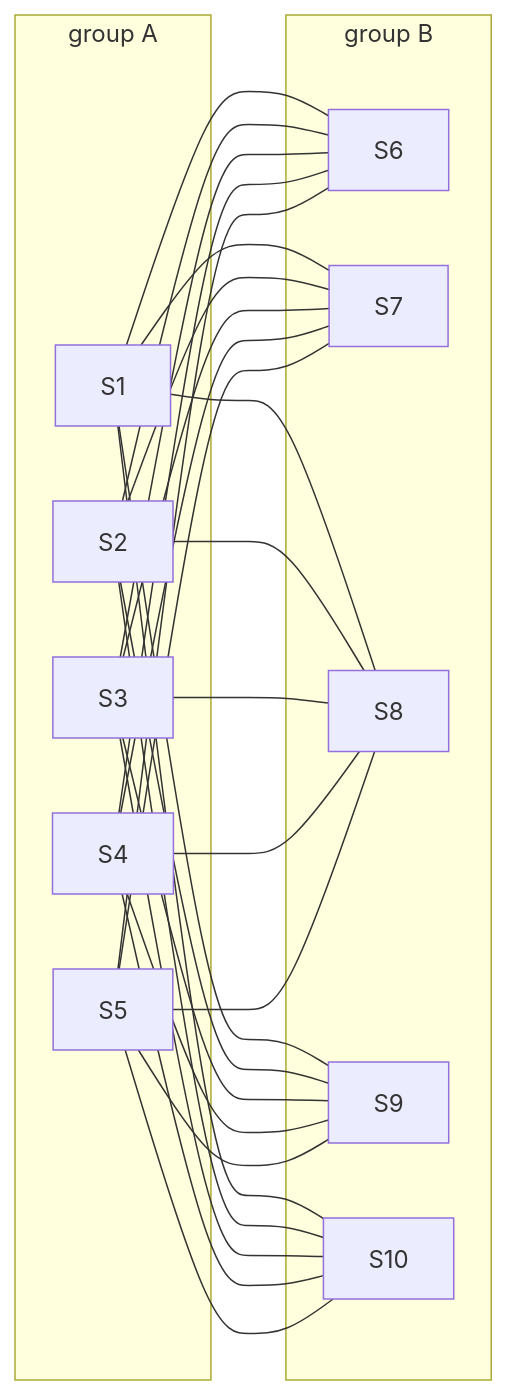
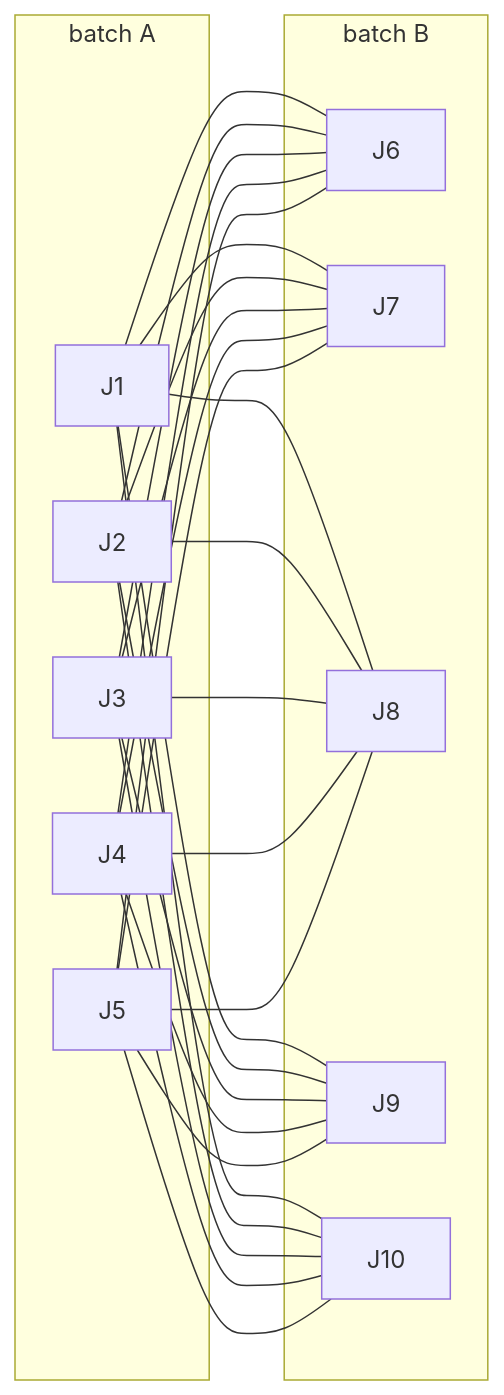
Before and after one commit to wappy-x/Mathematics: the first of 2 diagrams in Cards/04-Combinatorics and graphs/14-Ramsey and Extremal, in Outline/05-mantel-and-turan.md, drawn with Mermaid. The commit also changed other lines of this file and 20 other files, not shown here.

````diff
--- a/Cards/04-Combinatorics and graphs/14-Ramsey and Extremal, in Outline/05-mantel-and-turan.md
+++ b/Cards/04-Combinatorics and graphs/14-Ramsey and Extremal, in Outline/05-mantel-and-turan.md
@@ -21,18 +21,18 @@
 ```mermaid
 flowchart LR
-    subgraph A["group A"]
-        S1
-        S2
-        S3
-        S4
-        S5
+    subgraph A["batch A"]
+        J1
+        J2
+        J3
+        J4
+        J5
     end
-    subgraph B["group B"]
-        S6
-        S7
-        S8
-        S9
-        S10
+    subgraph B["batch B"]
+        J6
+        J7
+        J8
+        J9
+        J10
     end
-    S1 & S2 & S3 & S4 & S5 --- S6 & S7 & S8 & S9 & S10
+    J1 & J2 & J3 & J4 & J5 --- J6 & J7 & J8 & J9 & J10
 ```
````
